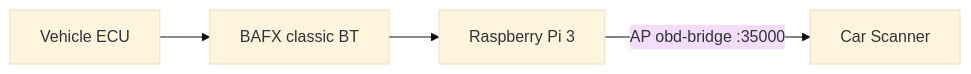
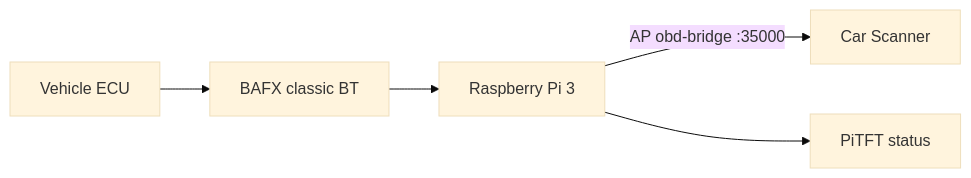
The diagram in docs/PI.md (kevinmullin/odb2-pi-bridge), drawn with Mermaid (base theme) before and after one commit. The commit also changed other lines of this file and 10 other files, not shown here.

````diff
--- a/docs/PI.md
+++ b/docs/PI.md
@@ -5,6 +7,7 @@
 ```mermaid
 flowchart LR
   ECU[Vehicle ECU] --> BAFX[BAFX classic BT]
   BAFX --> Pi[Raspberry Pi 3]
   Pi -->|"AP obd-bridge :35000"| Phone[Car Scanner]
+  Pi --> TFT[PiTFT status]
 ```
````
